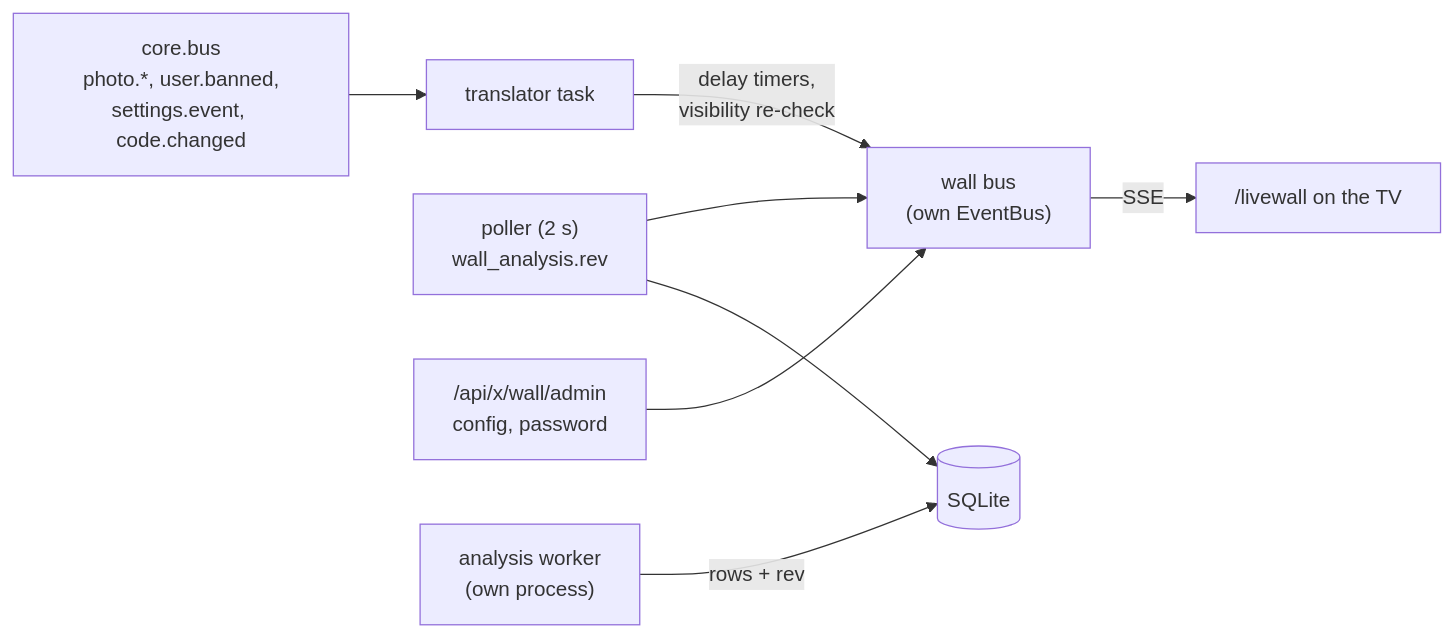
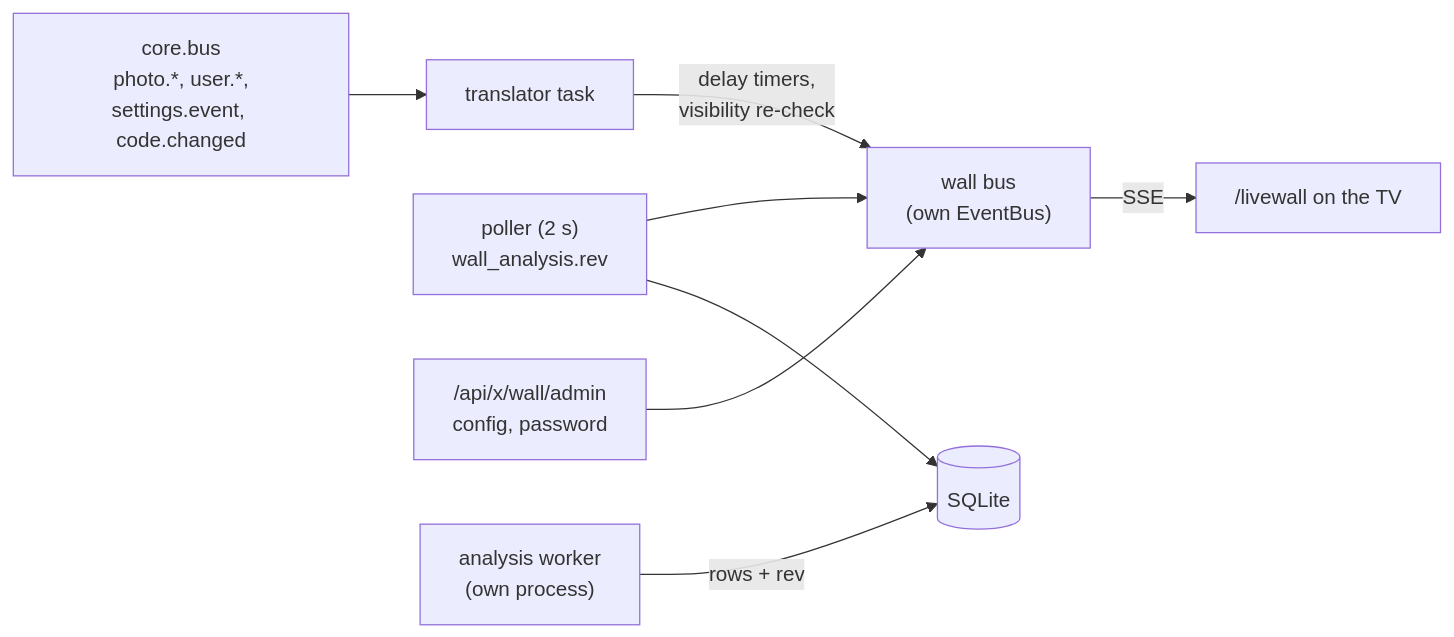
One commit to eneuberg/virtubooth changed the third of 3 diagrams in docs/ARCHITECTURE.md. Above: the diagram before and after it, drawn with Mermaid. The commit also changed other lines of this file and 20 other files, not shown here.

First line of the commit message:
docs: boil down README, FEATURES, ARCHITECTURE, DEPLOY; new screenshots and logo

````diff
--- a/docs/ARCHITECTURE.md
+++ b/docs/ARCHITECTURE.md
@@ -451,10 +283,10 @@
 ```mermaid
 flowchart LR
-  core["core.bus<br/>photo.*, user.banned,<br/>settings.event, code.changed"] --> tr["translator task"]
+  core["core.bus<br/>photo.*, user.*,<br/>settings.event, code.changed"] --> tr["translator task"]
   tr -- "delay timers,<br/>visibility re-check" --> wb["wall bus<br/>(own EventBus)"]
   poll["poller (2 s)<br/>wall_analysis.rev"] --> wb
   admin["/api/x/wall/admin<br/>config, password"] --> wb
   wb -- SSE --> tv["/livewall on the TV"]
   worker["analysis worker<br/>(own process)"] -- "rows + rev" --> db[("SQLite")]
   poll --> db
 ```
````
